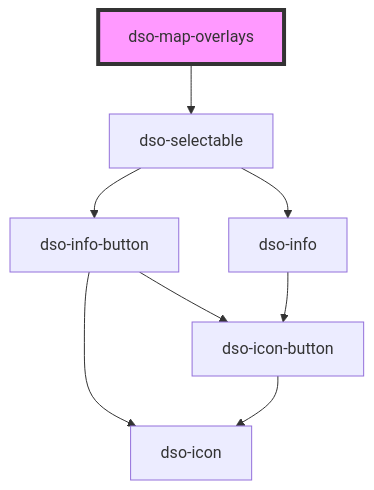
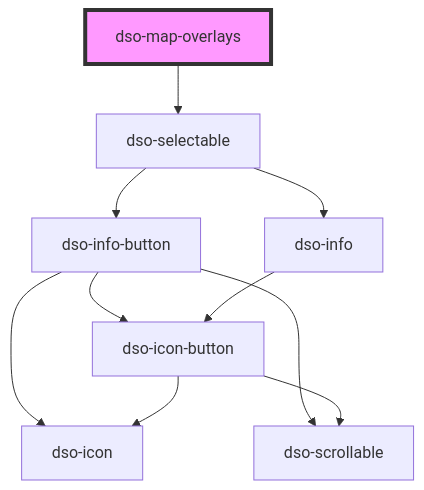
One commit to dso-toolkit/dso-toolkit changed the diagram in packages/core/src/components/map-overlays/readme.md. Above: the diagram before and after it, drawn with Mermaid. The commit also changed 38 other files, not shown here.

````diff
--- a/packages/core/src/components/map-overlays/readme.md
+++ b/packages/core/src/components/map-overlays/readme.md
@@ -30,11 +30,13 @@
 ```mermaid
 graph TD;
   dso-map-overlays --> dso-selectable
   dso-selectable --> dso-info-button
   dso-selectable --> dso-info
   dso-info-button --> dso-icon-button
   dso-info-button --> dso-icon
+  dso-info-button --> dso-scrollable
   dso-icon-button --> dso-icon
+  dso-icon-button --> dso-scrollable
   dso-info --> dso-icon-button
   style dso-map-overlays fill:#f9f,stroke:#333,stroke-width:4px
 ```
````
